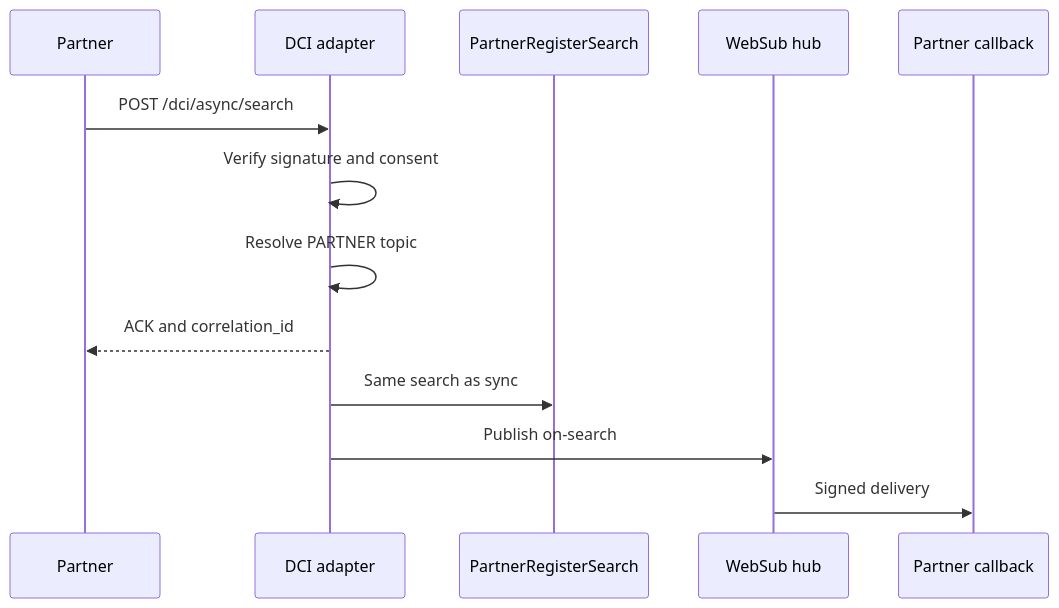
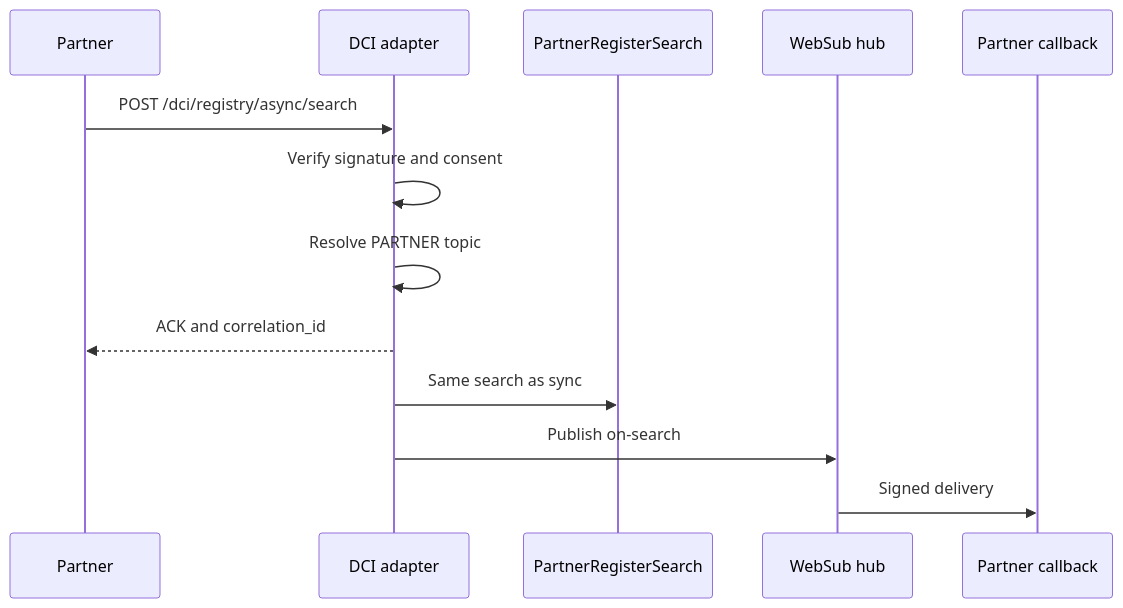
One commit to OpenG2P/openg2p-documentation changed the diagram in products/registry/registry/design/partner-register-search/dci-search.md. Above: the diagram before and after it, drawn with Mermaid. The commit also changed other lines of this file and 2 other files, not shown here.

Commit message:
Update API endpoints in documentation to reflect changes from `/dci/sync/search` and `/dci/async/search` to `/dci/registry/sync/search` and `/dci/registry/async/search` for consistency across Partner API and DCI search documentation.

````diff
--- a/products/registry/registry/design/partner-register-search/dci-search.md
+++ b/products/registry/registry/design/partner-register-search/dci-search.md
@@ -375,16 +368,16 @@
 ```mermaid
 sequenceDiagram
     participant Partner
     participant API as DCI adapter
     participant Core as PartnerRegisterSearch
     participant Hub as WebSub hub
     participant Callback as Partner callback
 
-    Partner->>API: POST /dci/async/search
+    Partner->>API: POST /dci/registry/async/search
     API->>API: Verify signature and consent
     API->>API: Resolve PARTNER topic
     API-->>Partner: ACK and correlation_id
     API->>Core: Same search as sync
     API->>Hub: Publish on-search
     Hub->>Callback: Signed delivery
 ```
````
